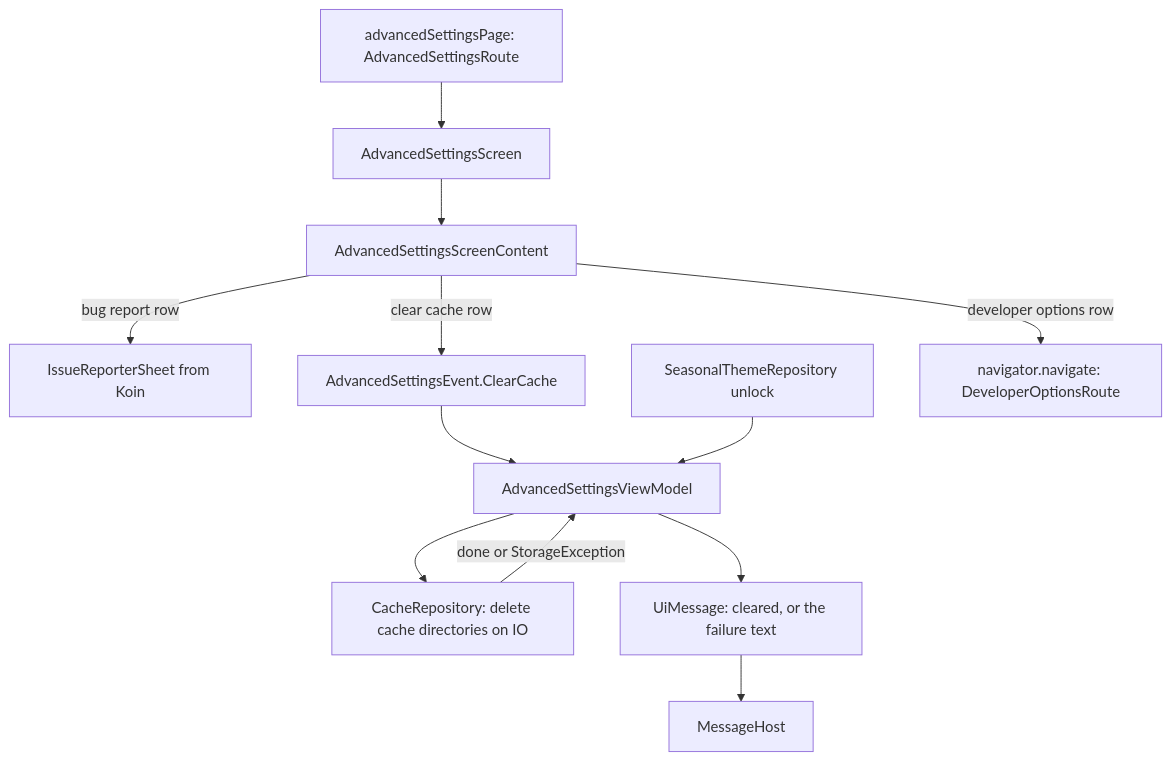
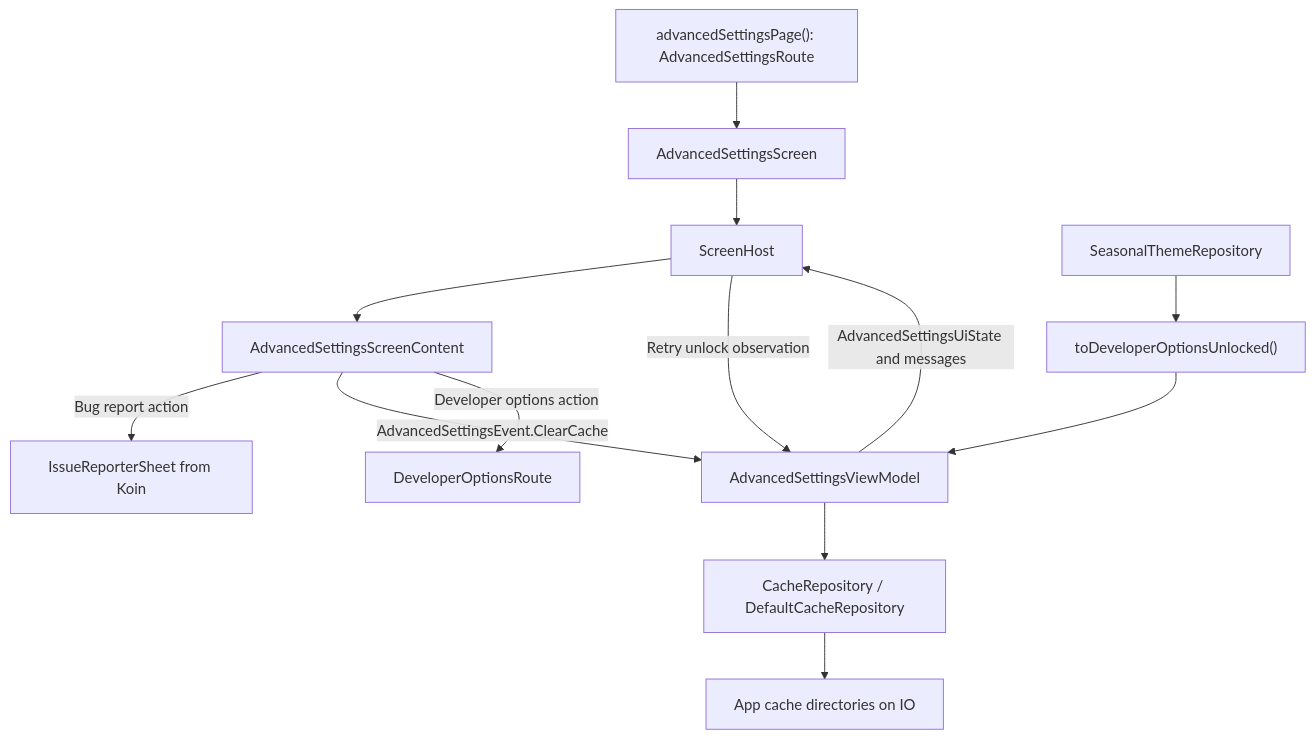
Before and after one commit to MihaiCristianCondrea/App-Toolkit-for-Android: the diagram in library/feature/advanced/README.md, drawn with Mermaid. The commit also changed other lines of this file and 47 other files, not shown here.

First line of the commit message:
Clarify About, Advanced Settings and changelog contracts

````diff
--- a/library/feature/advanced/README.md
+++ b/library/feature/advanced/README.md
@@ -47,14 +49,15 @@
 ```mermaid
 flowchart TD
-    Page[advancedSettingsPage: AdvancedSettingsRoute] --> Screen[AdvancedSettingsScreen]
-    Screen --> Content[AdvancedSettingsScreenContent]
-    Content -->|bug report row| Sheet[IssueReporterSheet from Koin]
-    Content -->|clear cache row| Clear[AdvancedSettingsEvent.ClearCache]
-    Clear --> VM[AdvancedSettingsViewModel]
-    VM --> Repo[CacheRepository: delete cache directories on IO]
-    Repo -->|done or StorageException| VM
-    VM --> Message[UiMessage: cleared, or the failure text]
-    Message --> Host[MessageHost]
-    Unlock[SeasonalThemeRepository unlock] --> VM
-    Content -->|developer options row| Developer[navigator.navigate: DeveloperOptionsRoute]
+    Entry["advancedSettingsPage(): AdvancedSettingsRoute"] --> Screen["AdvancedSettingsScreen"]
+    Screen --> Host["ScreenHost"]
+    Host --> Content["AdvancedSettingsScreenContent"]
+    Content -->|"Bug report action"| Sheet["IssueReporterSheet from Koin"]
+    Content -->|"AdvancedSettingsEvent.ClearCache"| VM["AdvancedSettingsViewModel"]
+    Content -->|"Developer options action"| Developer["DeveloperOptionsRoute"]
+    VM --> Repo["CacheRepository / DefaultCacheRepository"]
+    Repo --> IO["App cache directories on IO"]
+    Unlock["SeasonalThemeRepository"] --> Transformer["toDeveloperOptionsUnlocked()"]
+    Transformer --> VM
+    VM -->|"AdvancedSettingsUiState and messages"| Host
+    Host -->|"Retry unlock observation"| VM
 ```
````
